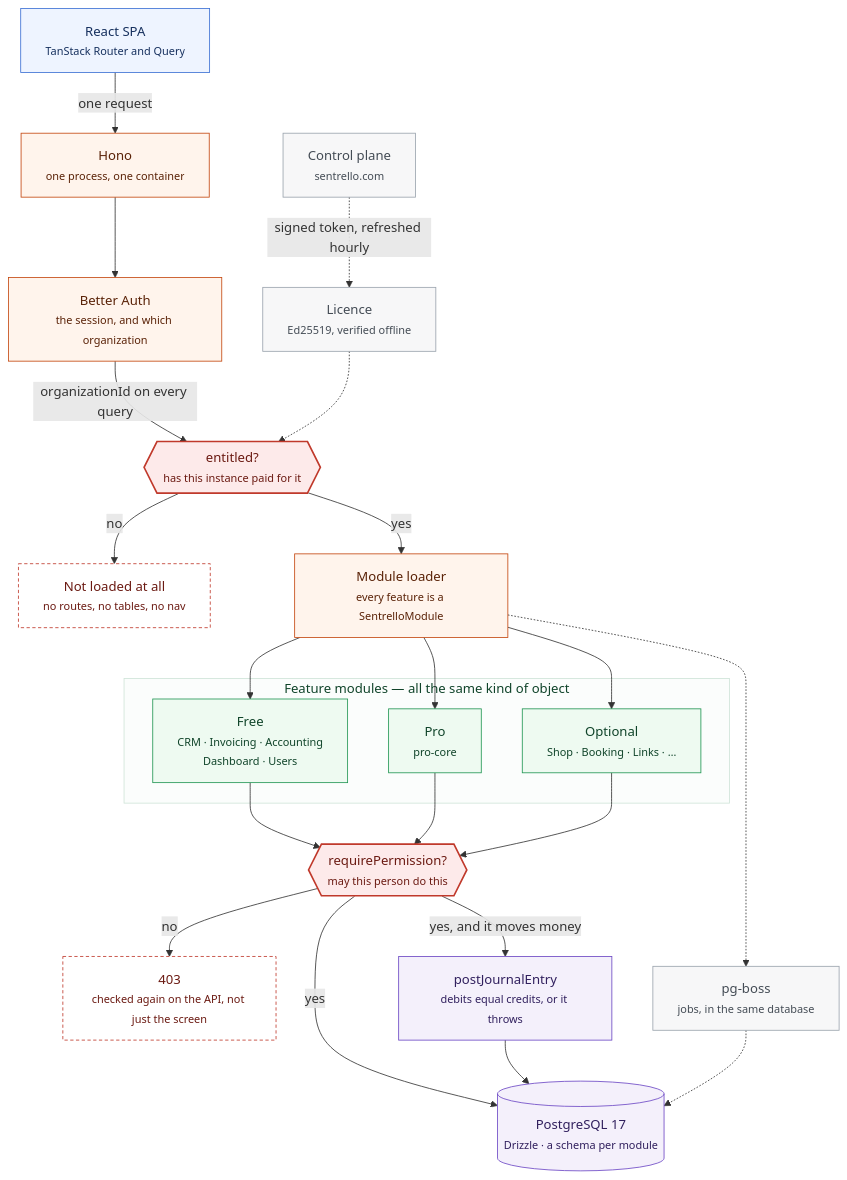
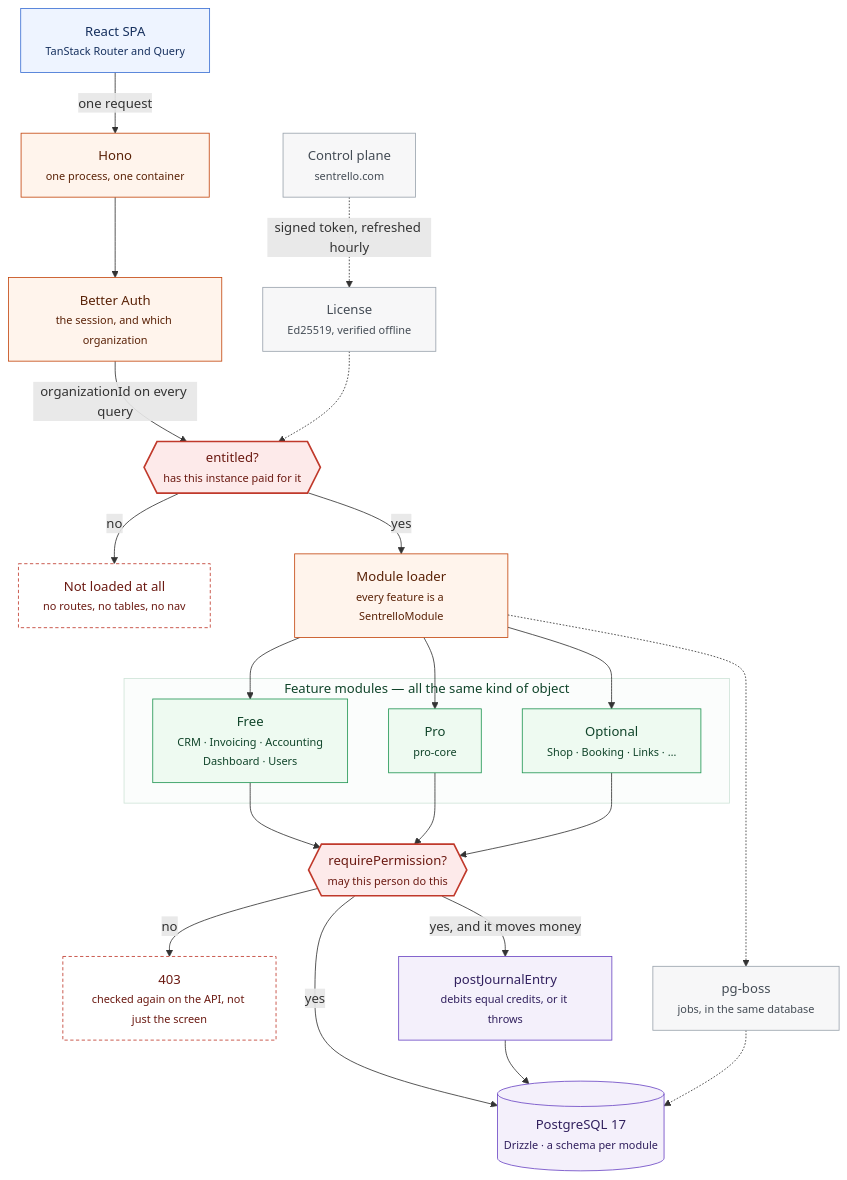
Before and after one commit to Sentrello/Sentrello: the diagram in docs/site/03-platform/06-architecture.md, drawn with Mermaid. The commit also changed 4 other files, not shown here.

````diff
--- a/docs/site/03-platform/06-architecture.md
+++ b/docs/site/03-platform/06-architecture.md
@@ -16,55 +16,55 @@
 ```mermaid
 flowchart TD
   classDef browser fill:#eef4ff,stroke:#3b6fd4,color:#16305e
   classDef host fill:#fff4ec,stroke:#c4470f,color:#5a2207
   classDef gate fill:#fdeaea,stroke:#c0392b,color:#6b1a12,stroke-width:2px
   classDef no fill:#fff,stroke:#c0392b,color:#6b1a12,stroke-dasharray:4 3
   classDef module fill:#eefaf1,stroke:#219653,color:#10442a
   classDef store fill:#f4f0fb,stroke:#6b47c4,color:#31205e
   classDef aside fill:#f7f7f8,stroke:#9aa3ad,color:#444c55
 
   SPA["React SPA<br/><small>TanStack Router and Query</small>"]:::browser
   API["Hono<br/><small>one process, one container</small>"]:::host
   AUTH["Better Auth<br/><small>the session, and which organization</small>"]:::host
   ENT{{"entitled?<br/><small>has this instance paid for it</small>"}}:::gate
   NOENT["Not loaded at all<br/><small>no routes, no tables, no nav</small>"]:::no
   LOADER["Module loader<br/><small>every feature is a SentrelloModule</small>"]:::host
 
   subgraph MODULES[" Feature modules — all the same kind of object "]
     FREE["Free<br/><small>CRM · Invoicing · Accounting<br/>Dashboard · Users</small>"]:::module
     PRO["Pro<br/><small>pro-core</small>"]:::module
     OPT["Optional<br/><small>Shop · Booking · Links · …</small>"]:::module
   end
 
   PERM{{"requirePermission?<br/><small>may this person do this</small>"}}:::gate
   NOPERM["403<br/><small>checked again on the API, not just the screen</small>"]:::no
   LEDGER["postJournalEntry<br/><small>debits equal credits, or it throws</small>"]:::store
   DB[("PostgreSQL 17<br/><small>Drizzle · a schema per module</small>")]:::store
 
   CP["Control plane<br/><small>sentrello.com</small>"]:::aside
-  LIC["Licence<br/><small>Ed25519, verified offline</small>"]:::aside
+  LIC["License<br/><small>Ed25519, verified offline</small>"]:::aside
   JOBS["pg-boss<br/><small>jobs, in the same database</small>"]:::aside
 
   SPA -->|"one request"| API
   API --> AUTH
   AUTH -->|"organizationId on every query"| ENT
   ENT -->|"no"| NOENT
   ENT -->|"yes"| LOADER
   LOADER --> FREE
   LOADER --> PRO
   LOADER --> OPT
   FREE --> PERM
   PRO --> PERM
   OPT --> PERM
   PERM -->|"no"| NOPERM
   PERM -->|"yes, and it moves money"| LEDGER
   PERM -->|"yes"| DB
   LEDGER --> DB
 
   CP -.->|"signed token, refreshed hourly"| LIC
   LIC -.-> ENT
   LOADER -.-> JOBS
   JOBS -.-> DB
 
   style MODULES fill:#fbfdfc,stroke:#cfe4d8,color:#10442a
 ```
````
